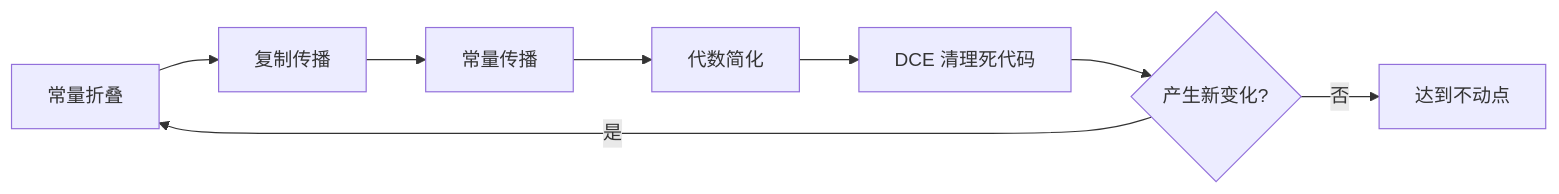
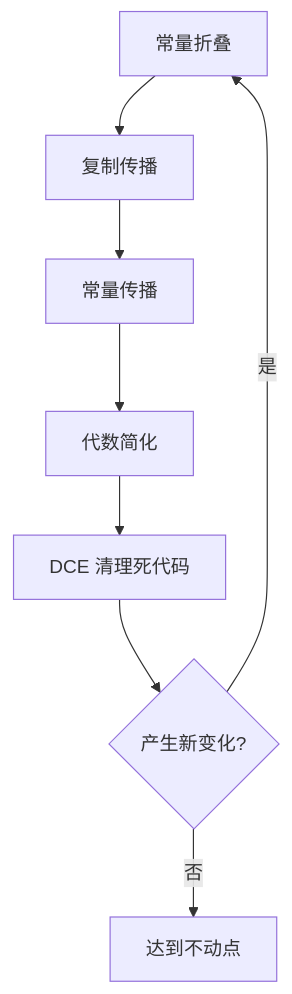
One commit to lightsmilew/compiler-principles changed the diagram in docs/optim/ir-cprop.md. Above: the diagram before and after it, drawn with Mermaid. The commit also changed other lines of this file and 36 other files, not shown here.

````diff
--- a/docs/optim/ir-cprop.md
+++ b/docs/optim/ir-cprop.md
@@ -151,10 +151,10 @@
 ```mermaid
-flowchart LR
+flowchart TB
   A[常量折叠] --> B[复制传播]
   B --> C[常量传播]
   C --> D[代数简化]
   D --> E[DCE 清理死代码]
   E --> Q{产生新变化?}
   Q -- 是 --> A
   Q -- 否 --> End[达到不动点]
 ```
````
